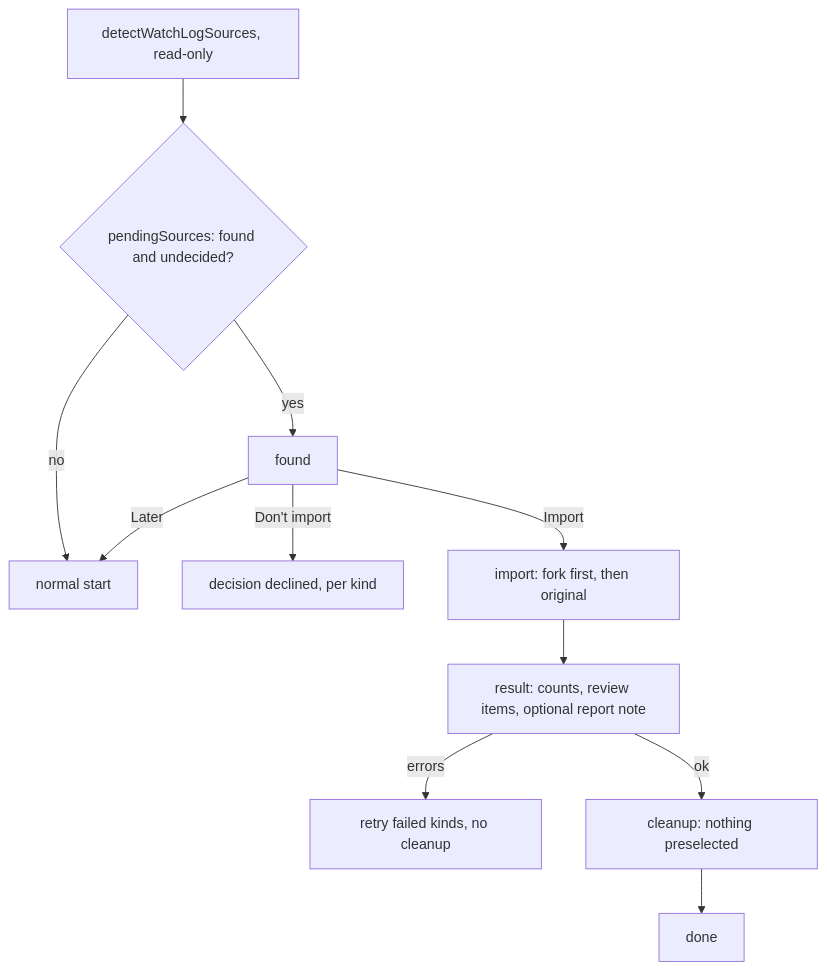
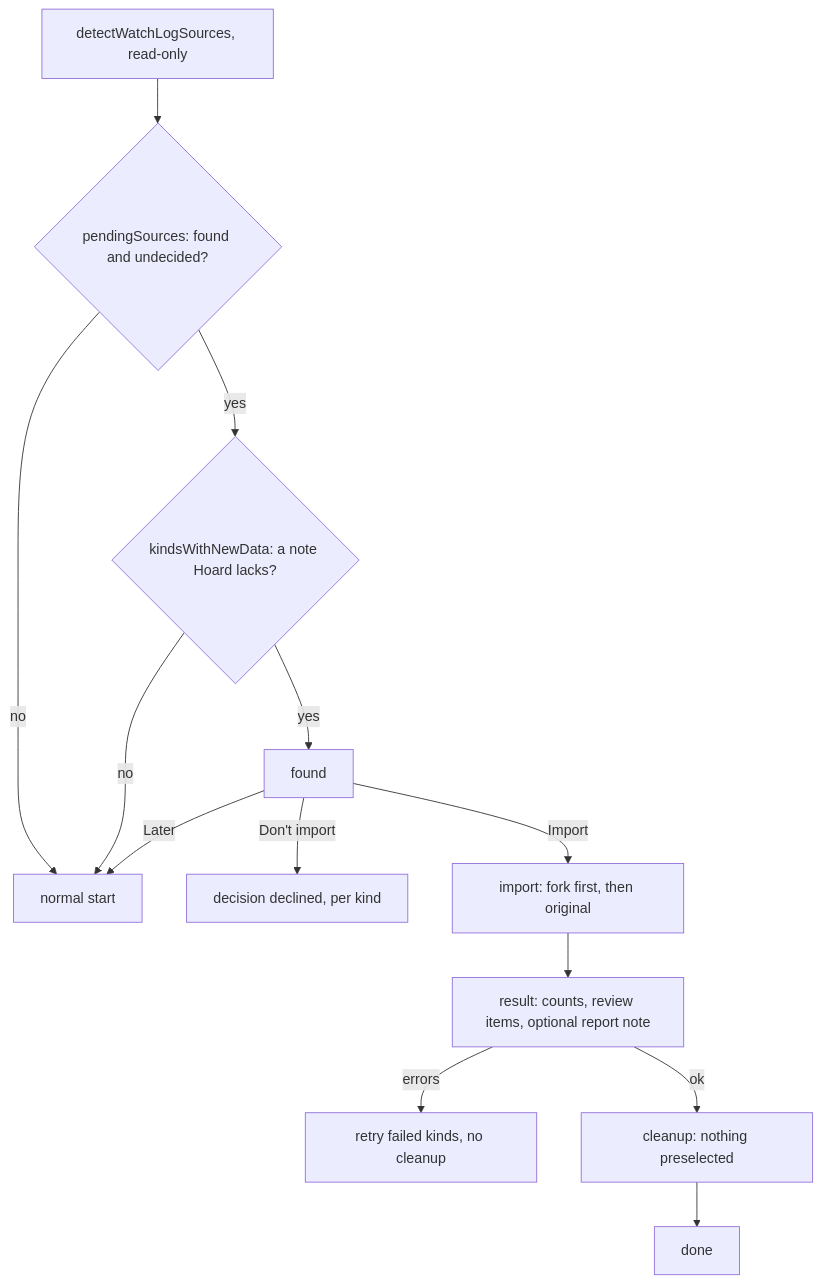
Before and after one commit to Macavity/obsidian-hoard: the diagram in docs/flows/watchlog-import.md, drawn with Mermaid. The commit also changed other lines of this file and 1 other file, not shown here.

Commit message:
docs(wiki): refresh for WatchLog new-data check

````diff
--- a/docs/flows/watchlog-import.md
+++ b/docs/flows/watchlog-import.md
@@ -32,13 +33,15 @@
 ```mermaid
 flowchart TD
   D[detectWatchLogSources, read-only] --> P{pendingSources: found and undecided?}
   P -- no --> X[normal start]
-  P -- yes --> F[found]
+  P -- yes --> N{kindsWithNewData: a note Hoard lacks?}
+  N -- no --> X
+  N -- yes --> F[found]
   F -- Later --> X
   F -- Don't import --> Dec[decision declined, per kind]
   F -- Import --> I[import: fork first, then original]
   I --> R[result: counts, review items, optional report note]
   R -- errors --> Retry[retry failed kinds, no cleanup]
   R -- ok --> C[cleanup: nothing preselected]
   C --> Done[done]
 ```
````
